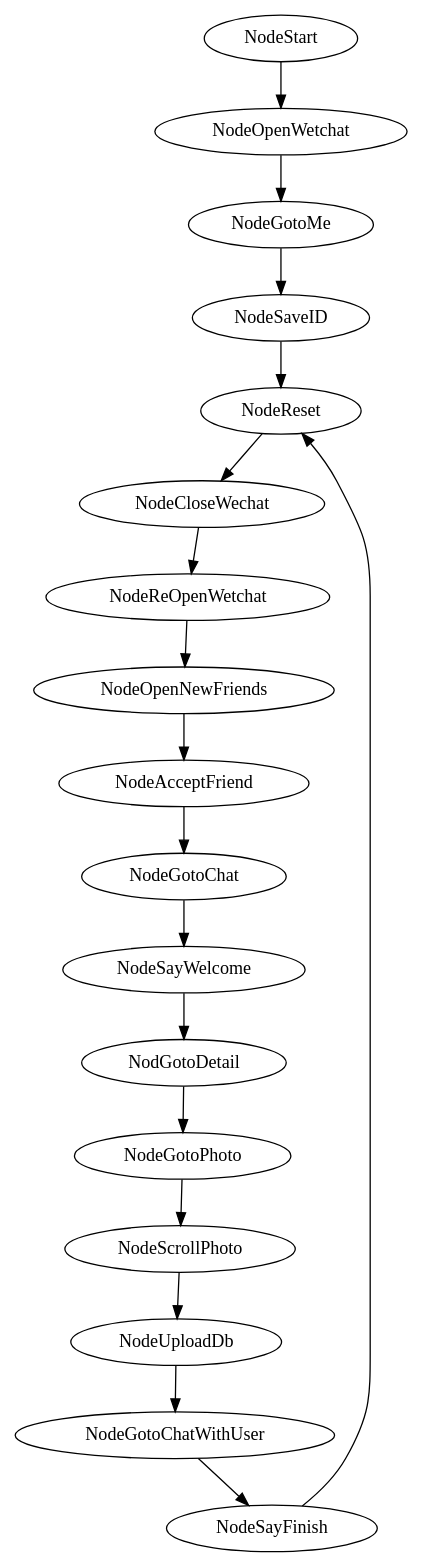
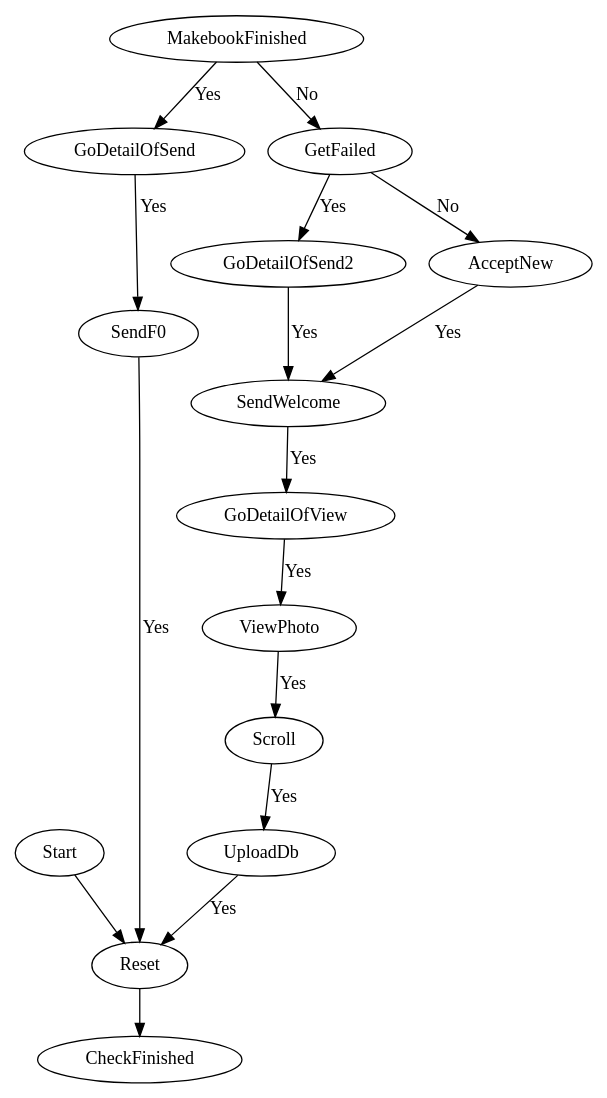
One commit to lncosie/Robot changed the diagram in app/src/doc/graph.gv. Above: the diagram before and after it, drawn with Graphviz. The commit also changed 32 other files, not shown here.

```diff
--- a/app/src/doc/graph.gv
+++ b/app/src/doc/graph.gv
@@ -1,17 +1,18 @@
 digraph{
 
-
-NodeStart->NodeOpenWetchat->
-NodeGotoMe->NodeSaveID[lable=ok]
-
-NodeSaveID->NodeReset
-NodeReset->NodeCloseWechat->NodeReOpenWetchat->
-NodeOpenNewFriends->NodeAcceptFriend
-
-NodeAcceptFriend->NodeGotoChat->NodeSayWelcome->NodGotoDetail->NodeGotoPhoto->NodeScrollPhoto
+Start->Reset
 
 
-NodeScrollPhoto->NodeUploadDb
-NodeUploadDb->NodeGotoChatWithUser->NodeSayFinish->NodeReset
 
+
+
+GoDetailOfView->ViewPhoto->Scroll->UploadDb->Reset[label="Yes"]
+
+Reset->CheckFinished
+
+MakebookFinished->GoDetailOfSend->SendF0->Reset[label="Yes"]
+MakebookFinished->GetFailed[label="No"]
+GetFailed->GoDetailOfSend2->SendWelcome[label="Yes"]
+GetFailed->AcceptNew[label="No"]
+AcceptNew->SendWelcome->GoDetailOfView[label="Yes"]
 }
```
